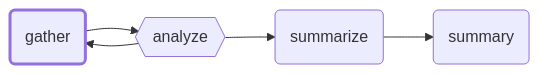
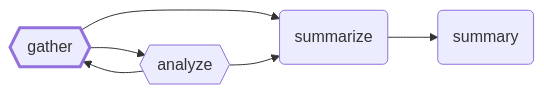
One commit to GEMISIS/leviath changed the diagram in docs/assets/agents/src/researcher.mmd. Above: the diagram before and after it, drawn with Mermaid. The commit also changed 52 other files, not shown here.

```diff
--- a/docs/assets/agents/src/researcher.mmd
+++ b/docs/assets/agents/src/researcher.mmd
@@ -1,11 +1,12 @@
 flowchart LR
-    gather(gather)
+    gather{{gather}}
     analyze{{analyze}}
     summarize(summarize)
     summary(summary)
     gather --> analyze
+    gather --> summarize
     analyze --> gather
     analyze --> summarize
     summarize --> summary
     classDef entry stroke-width:3px
     class gather entry
```
